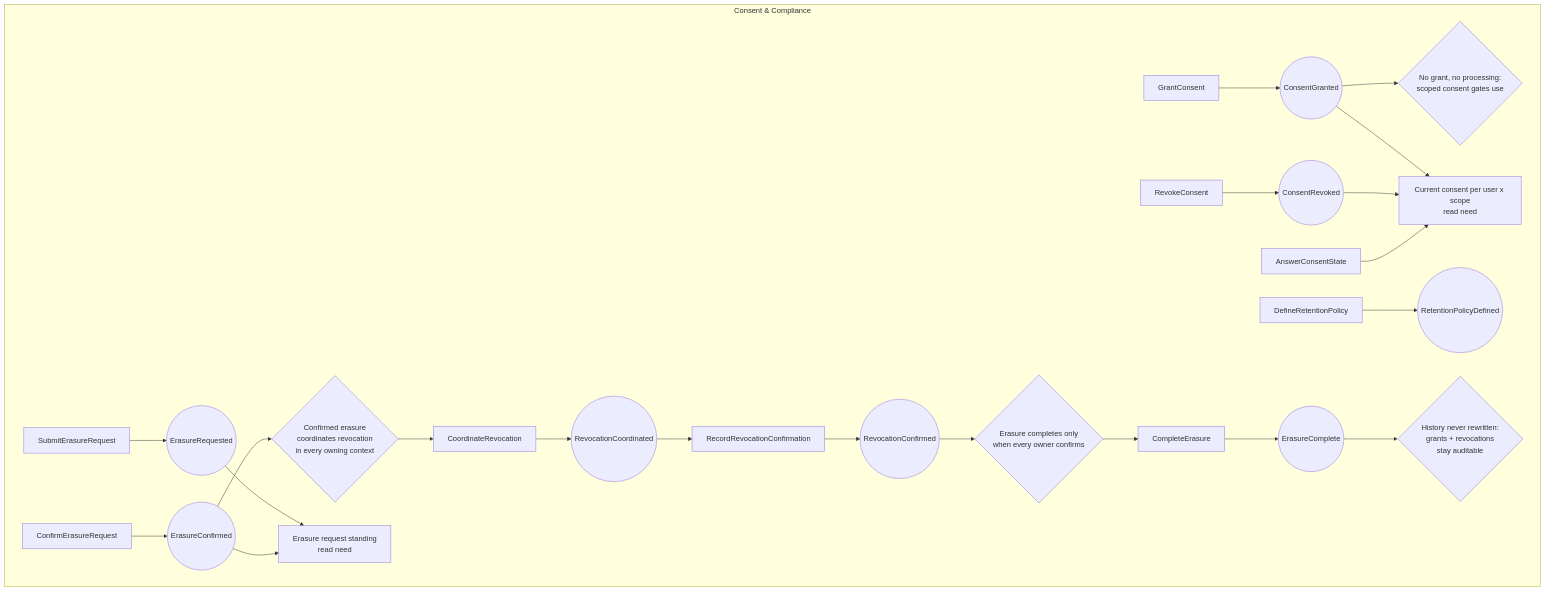
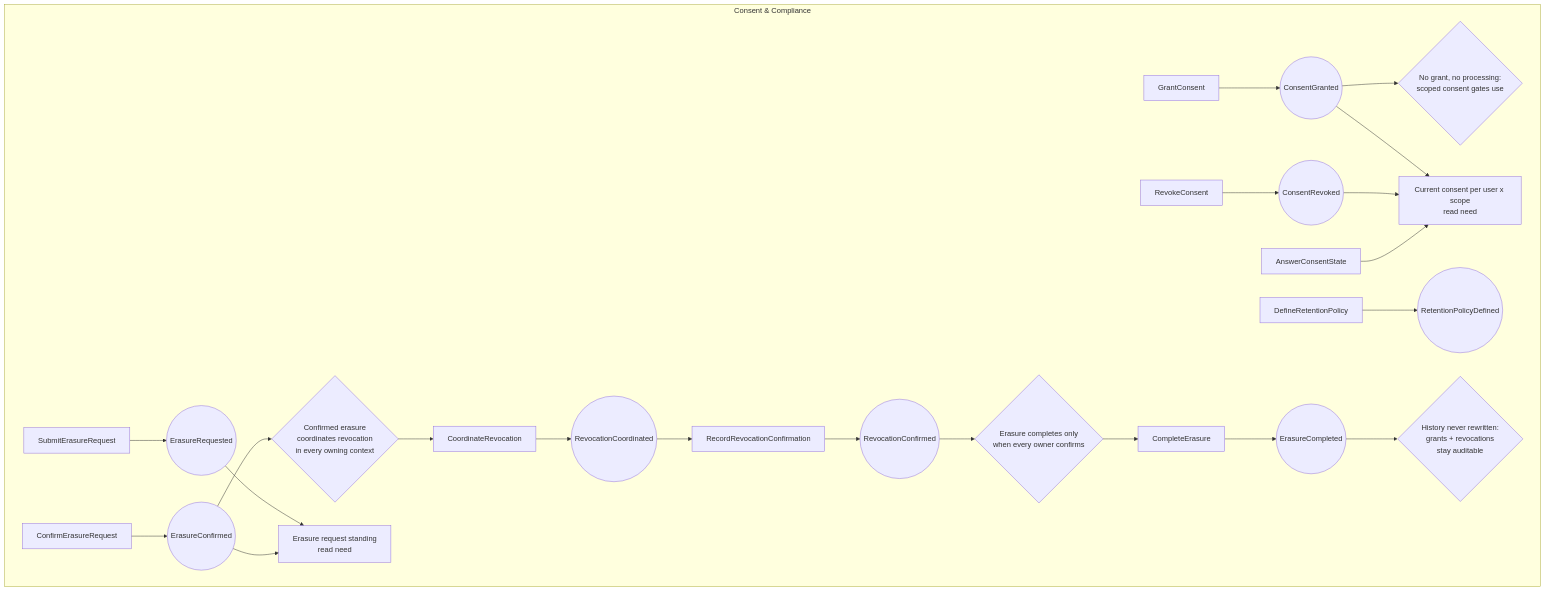
One commit to Morocoders-Arq-9056/votochain-api-backend changed the second of 2 diagrams in docs/Bounded Contexts/consent-compliance/event-storming.md. Above: the diagram before and after it, drawn with Mermaid. The commit also changed other lines of this file and 12 other files, not shown here.

````diff
--- a/docs/Bounded Contexts/consent-compliance/event-storming.md
+++ b/docs/Bounded Contexts/consent-compliance/event-storming.md
@@ -56,52 +56,52 @@
 ```mermaid
 flowchart TB
     subgraph consentctx [Consent & Compliance]
         C1[GrantConsent]
         C2[RevokeConsent]
         C3[DefineRetentionPolicy]
         C4[SubmitErasureRequest]
         C5[ConfirmErasureRequest]
         C6[CoordinateRevocation]
         C7[RecordRevocationConfirmation]
         C8[AnswerConsentState]
         C9[CompleteErasure]
 
         E1((ConsentGranted))
         E2((ConsentRevoked))
         E3((RetentionPolicyDefined))
         E4((ErasureRequested))
         E5((ErasureConfirmed))
         E6((RevocationCoordinated))
         E7((RevocationConfirmed))
-        E8((ErasureComplete))
+        E8((ErasureCompleted))
 
         P1{No grant, no processing:<br/>scoped consent gates use}
         P2{Confirmed erasure<br/>coordinates revocation<br/>in every owning context}
         P3{Erasure completes only<br/>when every owner confirms}
         P4{History never rewritten:<br/>grants + revocations<br/>stay auditable}
 
         R1[Current consent per user x scope<br/>read need]
         R2[Erasure request standing<br/>read need]
 
         C1 --> E1
         E1 --> P1
         E1 --> R1
         C2 --> E2
         E2 --> R1
         C3 --> E3
         C4 --> E4
         C5 --> E5
         E5 --> P2
         P2 --> C6
         C6 --> E6
         E6 --> C7
         C7 --> E7
         E7 --> P3
         P3 --> C9
         C9 --> E8
         C8 --> R1
         E4 --> R2
         E5 --> R2
         E8 --> P4
     end
 ```
````
